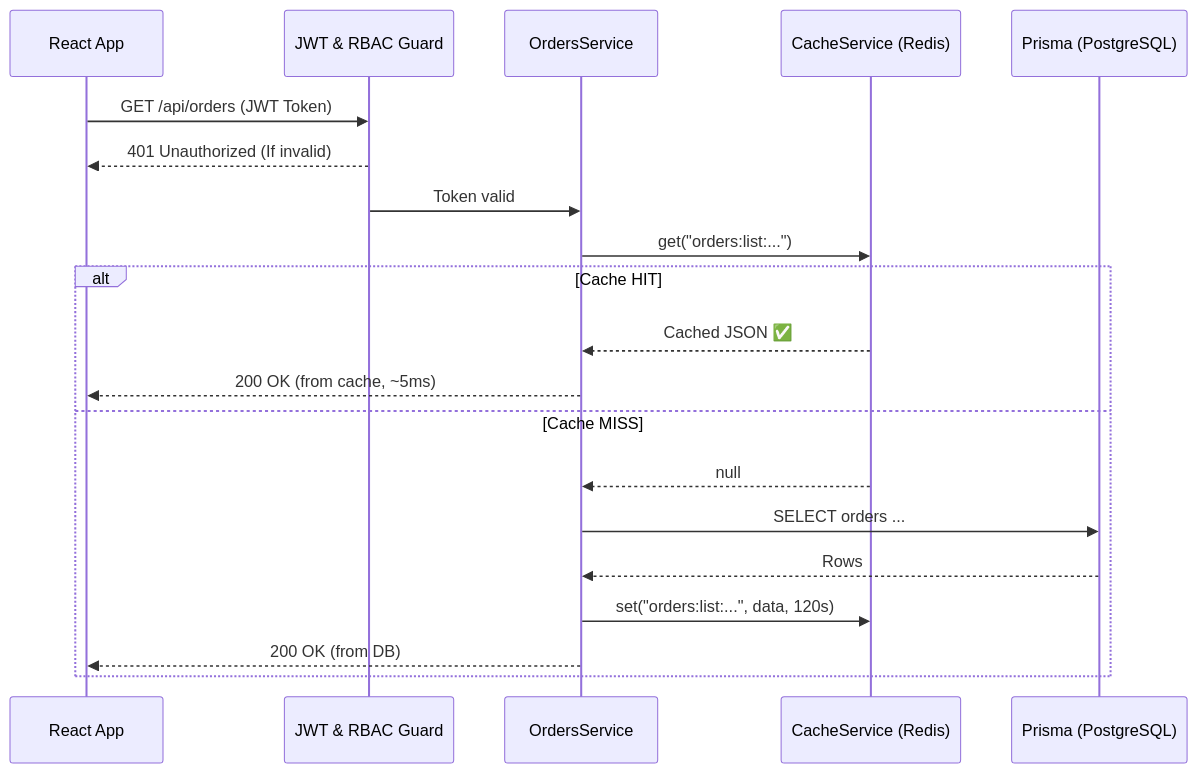
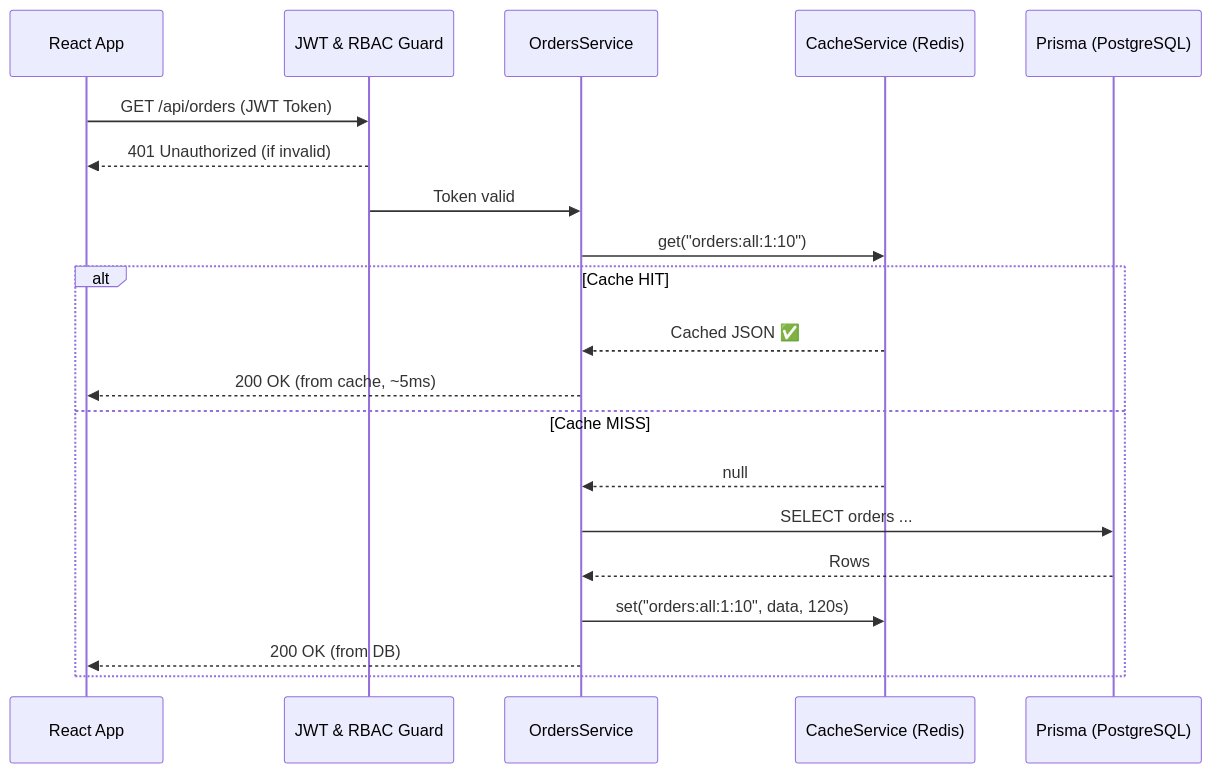
Before and after one commit to DatPHP/crm-system-2026: the fourth of 6 diagrams in README.md, drawn with Mermaid. The commit also changed other lines of this file, not shown here.

````diff
--- a/README.md
+++ b/README.md
@@ -451,24 +692,24 @@
 ```mermaid
 sequenceDiagram
     participant Client as React App
     participant Guard as JWT & RBAC Guard
     participant Service as OrdersService
     participant Cache as CacheService (Redis)
     participant DB as Prisma (PostgreSQL)
 
     Client->>Guard: GET /api/orders (JWT Token)
-    Guard-->>Client: 401 Unauthorized (If invalid)
+    Guard-->>Client: 401 Unauthorized (if invalid)
     Guard->>Service: Token valid
 
-    Service->>Cache: get("orders:list:...")
+    Service->>Cache: get("orders:all:1:10")
     alt Cache HIT
         Cache-->>Service: Cached JSON ✅
         Service-->>Client: 200 OK (from cache, ~5ms)
     else Cache MISS
         Cache-->>Service: null
         Service->>DB: SELECT orders ...
         DB-->>Service: Rows
-        Service->>Cache: set("orders:list:...", data, 120s)
+        Service->>Cache: set("orders:all:1:10", data, 120s)
         Service-->>Client: 200 OK (from DB)
     end
 ```
````
